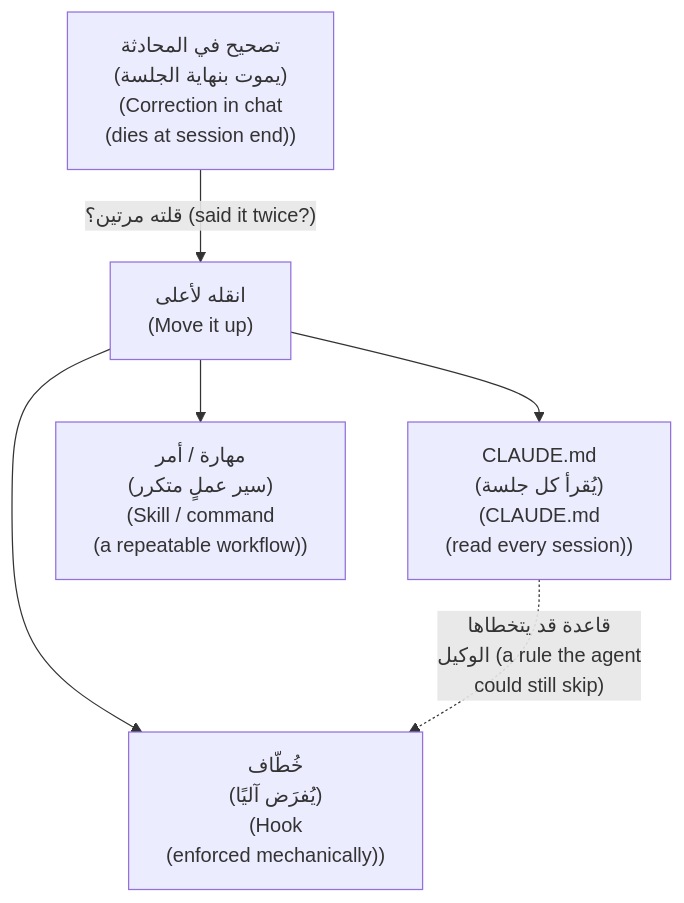
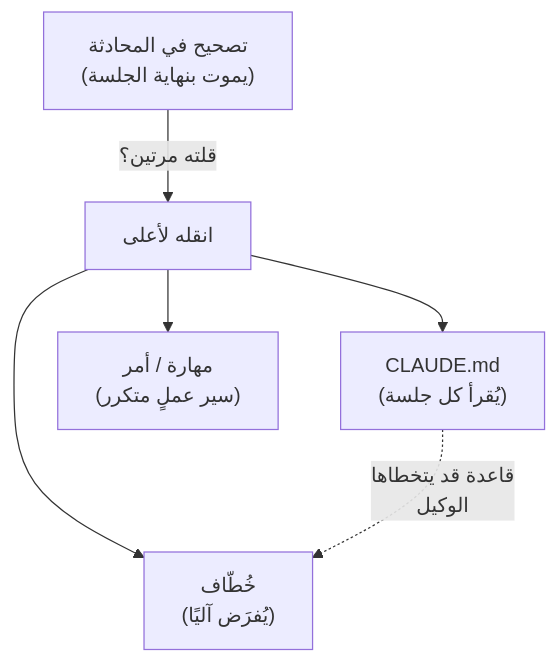
Before and after one commit to Tamoura/system-design-for-vibe-coders: the fifth of 8 diagrams in modules/09-directing-ai-team/module.ar.md, drawn with Mermaid. The commit also changed other lines of this file and 551 other files, not shown here.

````diff
--- a/modules/09-directing-ai-team/module.ar.md
+++ b/modules/09-directing-ai-team/module.ar.md
@@ -428,8 +430,8 @@
 ```mermaid
 flowchart TD
-    C["تصحيح في المحادثة<br/>(يموت بنهاية الجلسة)<br/>(Correction in chat<br/>(dies at session end))"] -->|"قلته مرتين؟ (said it twice?)"| U["انقله لأعلى<br/>(Move it up)"]
-    U --> M["CLAUDE.md<br/>(يُقرأ كل جلسة)<br/>(CLAUDE.md<br/>(read every session))"]
-    U --> H["خُطّاف<br/>(يُفرَض آليًا)<br/>(Hook<br/>(enforced mechanically))"]
-    U --> S["مهارة / أمر<br/>(سير عملٍ متكرر)<br/>(Skill / command<br/>(a repeatable workflow))"]
-    M -.->|"قاعدة قد يتخطاها<br/>الوكيل (a rule the agent<br/>could still skip)"| H
+    C["تصحيح في المحادثة<br/>(يموت بنهاية الجلسة)"] -->|"قلته مرتين؟"| U["انقله لأعلى"]
+    U --> M["CLAUDE.md<br/>(يُقرأ كل جلسة)"]
+    U --> H["خُطّاف<br/>(يُفرَض آليًا)"]
+    U --> S["مهارة / أمر<br/>(سير عملٍ متكرر)"]
+    M -.->|"قاعدة قد يتخطاها<br/>الوكيل"| H
 ```
````
